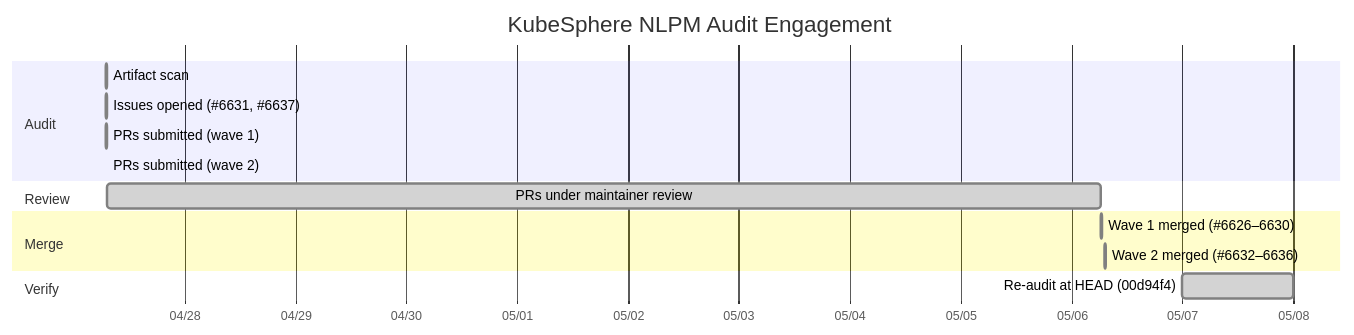
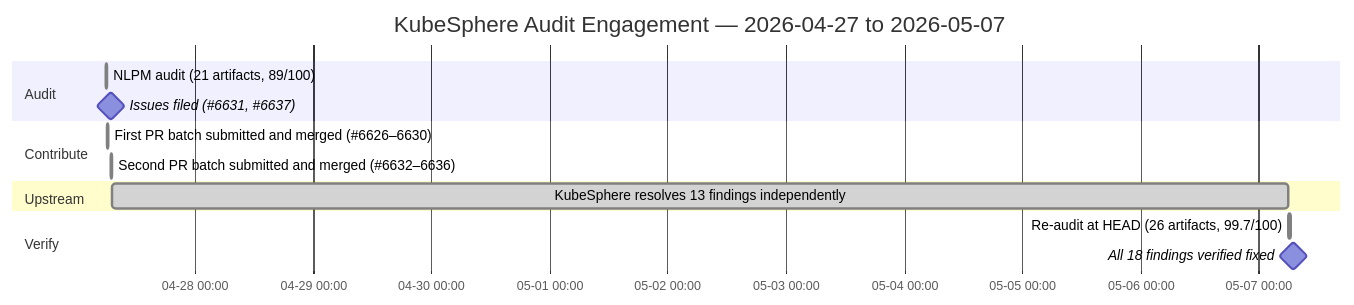
Before and after one commit to deusyu/nlpm: the third of 3 diagrams in case-studies/2026-05-07-kubesphere-kubesphere.md, drawn with Mermaid. The commit also changed other lines of this file and 5 other files, not shown here.

````diff
--- a/case-studies/2026-05-07-kubesphere-kubesphere.md
+++ b/case-studies/2026-05-07-kubesphere-kubesphere.md
@@ -142,22 +173,21 @@
 ```mermaid
 gantt
-    title KubeSphere NLPM Audit Engagement
+    title KubeSphere Audit Engagement — 2026-04-27 to 2026-05-07
     dateFormat YYYY-MM-DD HH:mm
-    axisFormat %m/%d
+    axisFormat %m-%d %H:%M
 
     section Audit
-    Artifact scan            :done, a1, 2026-04-27 06:58, 15m
-    Issues opened (#6631, #6637)  :done, a2, 2026-04-27 07:02, 12m
-    PRs submitted (wave 1)   :done, a3, 2026-04-27 06:58, 15m
-    PRs submitted (wave 2)   :done, a4, 2026-04-27 07:07, 5m
+    NLPM audit (21 artifacts, 89/100)         :done, a1, 2026-04-27 06:00, 15m
+    Issues filed (#6631, #6637)               :milestone, 2026-04-27 07:02, 0m
 
-    section Review
-    PRs under maintainer review  :done, r1, 2026-04-27 07:20, 2026-05-06 06:25
+    section Contribute
+    First PR batch submitted and merged (#6626–6630)   :done, c1, 2026-04-27 06:20, 10m
+    Second PR batch submitted and merged (#6632–6636)  :done, c2, 2026-04-27 07:07, 10m
 
-    section Merge
-    Wave 1 merged (#6626–6630)   :done, m1, 2026-05-06 06:25, 5m
-    Wave 2 merged (#6632–6636)   :done, m2, 2026-05-06 07:15, 2m
+    section Upstream
+    KubeSphere resolves 13 findings independently      :done, u1, 2026-04-27 07:16, 2026-05-07 06:00
 
     section Verify
-    Re-audit at HEAD (00d94f4)   :done, v1, 2026-05-07 00:00, 1d
+    Re-audit at HEAD (26 artifacts, 99.7/100)  :done, v1, 2026-05-07 06:00, 30m
+    All 18 findings verified fixed             :milestone, 2026-05-07 07:00, 0m
 ```
````
